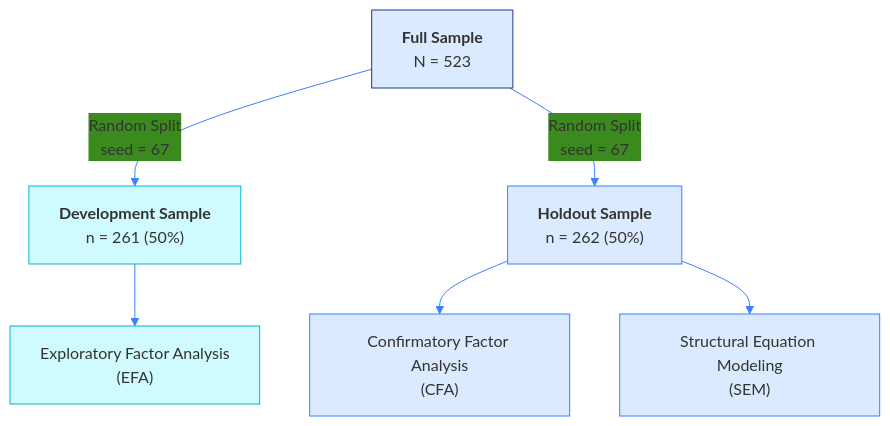
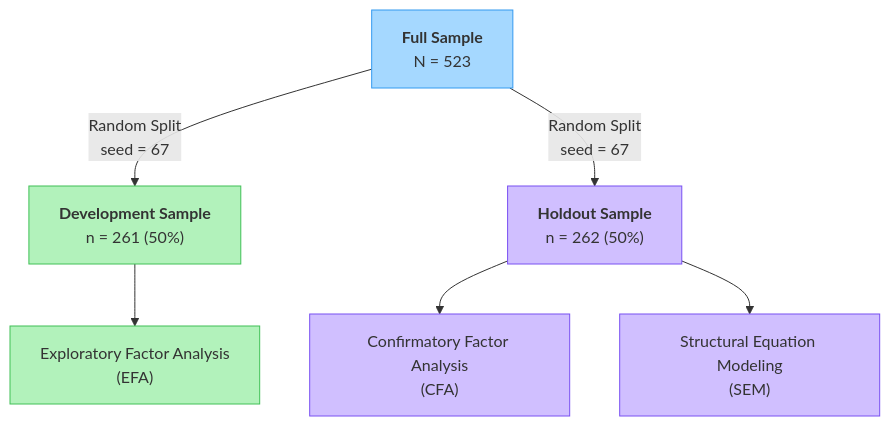
One commit to fabioc-aloha/AIRS_Data_Analysis changed the second of 3 diagrams in thesis-v2/manuscript/chapters/03_methodology.md. Above: the diagram before and after it, drawn with Mermaid. The commit also changed other lines of this file and 3 other files, not shown here.

Commit message:
style: update Mermaid diagrams to GitHub pastel palette

````diff
--- a/thesis-v2/manuscript/chapters/03_methodology.md
+++ b/thesis-v2/manuscript/chapters/03_methodology.md
@@ -401,16 +400,15 @@
 ```mermaid
-%%{init: {'theme': 'base', 'themeVariables': {'primaryColor': '#1e3a8a', 'lineColor': '#3b82f6'}}}%%
 flowchart TD
     A["<b>Full Sample</b><br/>N = 523"] -->|Random Split<br/>seed = 67| B["<b>Development Sample</b><br/>n = 261 (50%)"]
     A -->|Random Split<br/>seed = 67| C["<b>Holdout Sample</b><br/>n = 262 (50%)"]
     B --> D["Exploratory Factor Analysis<br/>(EFA)"]
     C --> E["Confirmatory Factor Analysis<br/>(CFA)"]
     C --> F["Structural Equation Modeling<br/>(SEM)"]
 
-    style A fill:#dbeafe,stroke:#1e3a8a
-    style B fill:#cffafe,stroke:#06b6d4
-    style C fill:#dbeafe,stroke:#3b82f6
-    style D fill:#cffafe,stroke:#06b6d4
-    style E fill:#dbeafe,stroke:#3b82f6
-    style F fill:#dbeafe,stroke:#3b82f6
+    style A fill:#a5d8ff,stroke:#339af0
+    style B fill:#b2f2bb,stroke:#40c057
+    style C fill:#d0bfff,stroke:#7950f2
+    style D fill:#b2f2bb,stroke:#40c057
+    style E fill:#d0bfff,stroke:#7950f2
+    style F fill:#d0bfff,stroke:#7950f2
 ```
````
